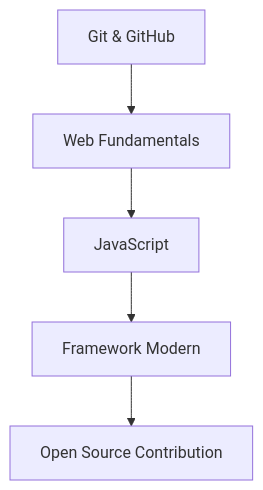
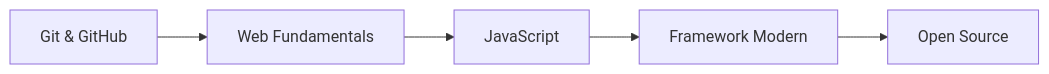
The diagram in tracks/software-engineering/README.md (SMA-UII-Yogyakarta/smauii-dev-content), drawn with Mermaid before and after one commit. The commit also changed other lines of this file and 28 other files, not shown here.

````diff
--- a/tracks/software-engineering/README.md
+++ b/tracks/software-engineering/README.md
@@ -14,7 +15,7 @@
 ```mermaid
-graph TD
+graph LR
     A[Git & GitHub] --> B[Web Fundamentals]
     B --> C[JavaScript]
     C --> D[Framework Modern]
-    D --> E[Open Source Contribution]
+    D --> E[Open Source]
 ```
````
